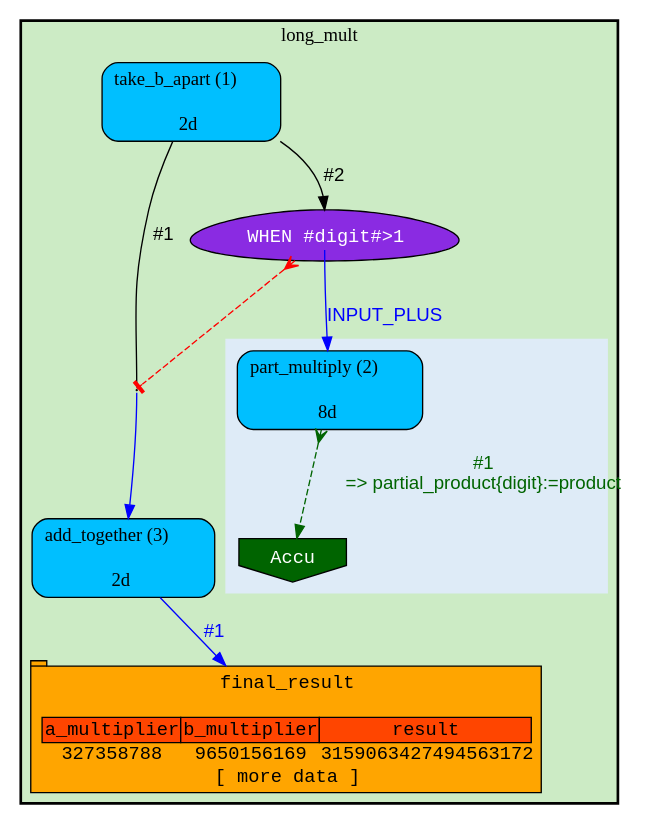
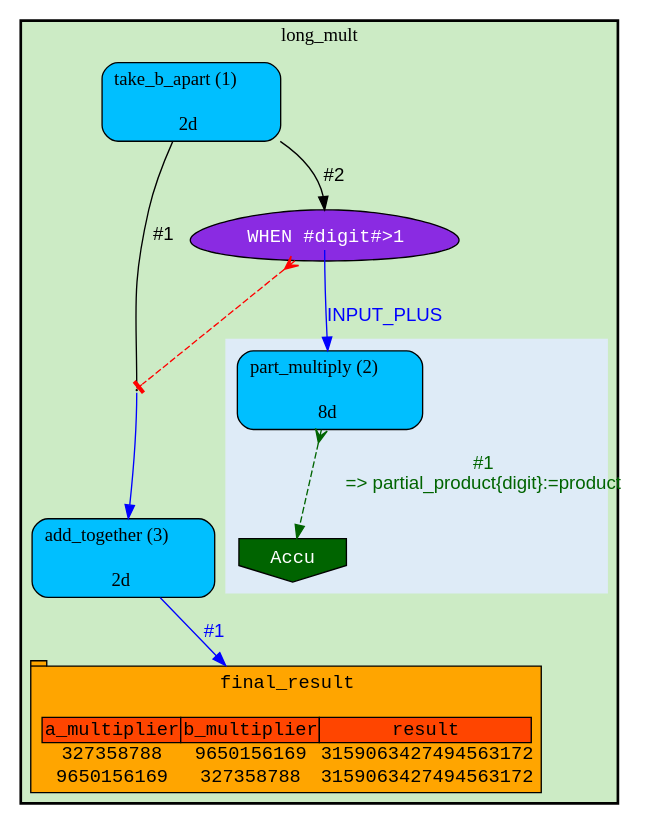
The diagram in t/03.scripts/visualize_jobs/long_mult/long_mult_analyses_10.dot (Ensembl/ensembl-hive), drawn with Graphviz before and after one commit. The commit also changed 1 other file, not shown here.

```diff
--- a/t/03.scripts/visualize_jobs/long_mult/long_mult_analyses_10.dot
+++ b/t/03.scripts/visualize_jobs/long_mult/long_mult_analyses_10.dot
@@ -1,39 +1,39 @@
 digraph test {
 	ratio="compress"; concentrate = "true"; name = "AnalysisWorkflow"; pad = "0.0";
 	analysis_add_together [fillcolor="DeepSkyBlue", fontname="Times-Roman", label=<<table border="0" cellborder="0" cellspacing="0" cellpadding="1"><tr><td colspan="1">add_together (3)</td></tr><tr><td colspan="1"> </td></tr><tr><td colspan="1">2d</td></tr></table>>, shape="Mrecord", style="filled"];
 	analysis_part_multiply [fillcolor="DeepSkyBlue", fontname="Times-Roman", label=<<table border="0" cellborder="0" cellspacing="0" cellpadding="1"><tr><td colspan="1">part_multiply (2)</td></tr><tr><td colspan="1"> </td></tr><tr><td colspan="1">8d</td></tr></table>>, shape="Mrecord", style="filled"];
 	analysis_take_b_apart [fillcolor="DeepSkyBlue", fontname="Times-Roman", label=<<table border="0" cellborder="0" cellspacing="0" cellpadding="1"><tr><td colspan="1">take_b_apart (1)</td></tr><tr><td colspan="1"> </td></tr><tr><td colspan="1">2d</td></tr></table>>, shape="Mrecord", style="filled"];
 	dfr_1_mp [fixedsize="1", height="0.01", label="dfr_1_mp", shape="point", width="0.01"];
 	dfr_2_mp [fillcolor="blueviolet", fontcolor="white", fontname="Courier", label=<<table border="0" cellborder="0" cellspacing="0" cellpadding="1">i<tr><td></td></tr><tr><td port="cond_0">WHEN #digit#&gt;1</td></tr></table>>, shape="egg", style="filled"];
 	sink_dfr_1_mp [fillcolor="darkgreen", fontcolor="white", fontname="Courier", label="Accu", shape="invhouse", style="filled"];
-	table_final_result [fillcolor="orange", fontcolor="black", fontname="Courier", label=<<table border="0" cellborder="0" cellspacing="0" cellpadding="1"><tr><td colspan="3">final_result</td></tr><tr><td colspan="3"> </td></tr><tr><td bgcolor="orangered" border="1">a_multiplier</td><td bgcolor="orangered" border="1">b_multiplier</td><td bgcolor="orangered" border="1">result</td></tr><tr><td>327358788</td><td>9650156169</td><td>3159063427494563172</td></tr><tr><td colspan="3">[ more data ]</td></tr></table>>, shape="tab", style="filled"];
+	table_final_result [fillcolor="orange", fontcolor="black", fontname="Courier", label=<<table border="0" cellborder="0" cellspacing="0" cellpadding="1"><tr><td colspan="3">final_result</td></tr><tr><td colspan="3"> </td></tr><tr><td bgcolor="orangered" border="1">a_multiplier</td><td bgcolor="orangered" border="1">b_multiplier</td><td bgcolor="orangered" border="1">result</td></tr><tr><td>327358788</td><td>9650156169</td><td>3159063427494563172</td></tr><tr><td>9650156169</td><td>327358788</td><td>3159063427494563172</td></tr></table>>, shape="tab", style="filled"];
 	analysis_add_together -> table_final_result [color="blue", fontcolor="blue", fontname="Helvetica", label="#1\n"];
 	analysis_part_multiply -> sink_dfr_1_mp [arrowtail="crow", color="darkgreen", dir="both", fontcolor="darkgreen", fontname="Helvetica", label="#1\n=> partial_product{digit}:=product", style="dashed"];
 	analysis_take_b_apart -> dfr_1_mp [arrowhead="none", color="black", fontcolor="black", fontname="Helvetica", headport="n", label="#1"];
 	analysis_take_b_apart -> dfr_2_mp [arrowhead="normal", color="black", fontcolor="black", fontname="Helvetica", headport="n", label="#2"];
 	dfr_1_mp -> analysis_add_together [color="blue", fontcolor="blue", fontname="Helvetica", label="\n", tailport="s"];
 	dfr_2_mp -> analysis_part_multiply [color="blue", fontcolor="blue", fontname="Helvetica", label="\nINPUT_PLUS ", tailport="cond_0"];
 	dfr_2_mp -> dfr_1_mp [arrowhead="tee", arrowtail="crow", color="red", dir="both", style="dashed"];
 
 subgraph cluster_long_mult {
 	label="long_mult";
 	style="bold,filled";
 	colorscheme="pastel19";
 	fillcolor="3";
 	color="";
 	analysis_add_together;
 	analysis_take_b_apart;
 	subgraph cluster_cl_dfr_1_mp {
 		label="";
 		style="filled";
 		colorscheme="blues9";
 		fillcolor="2";
 		color="2";
 		analysis_part_multiply;
 		sink_dfr_1_mp;
 	}
 	dfr_1_mp;
 	dfr_2_mp;
 	table_final_result;
 }
 }
```
